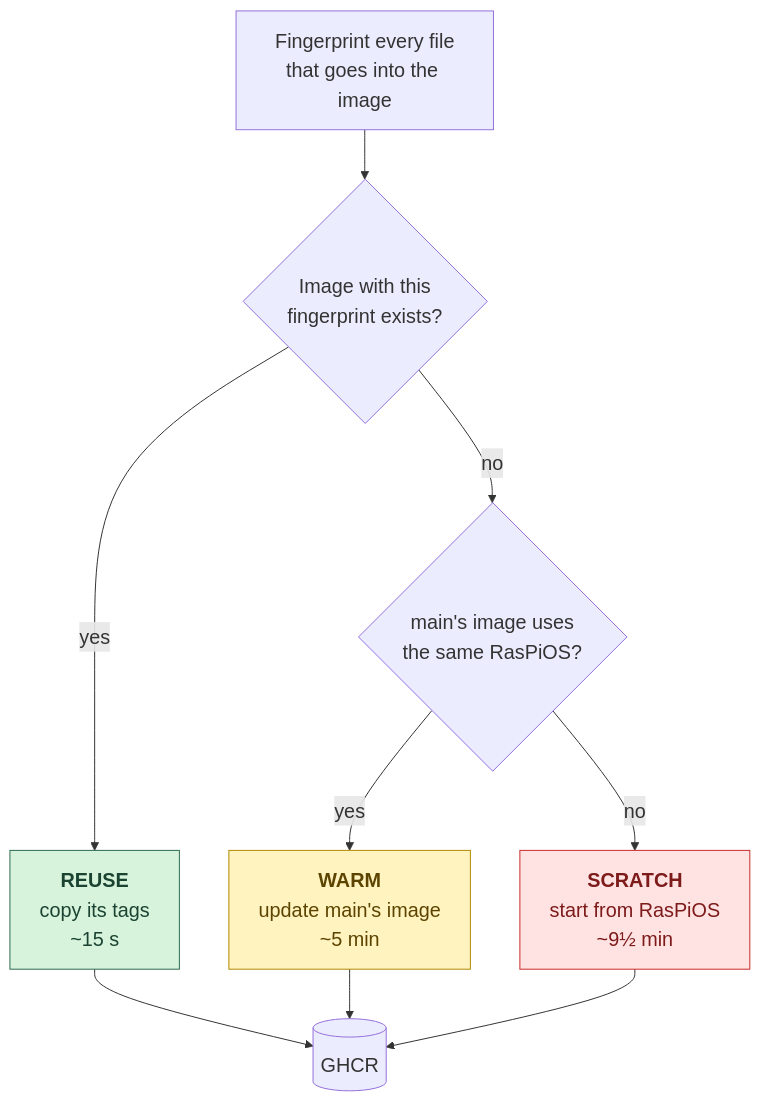
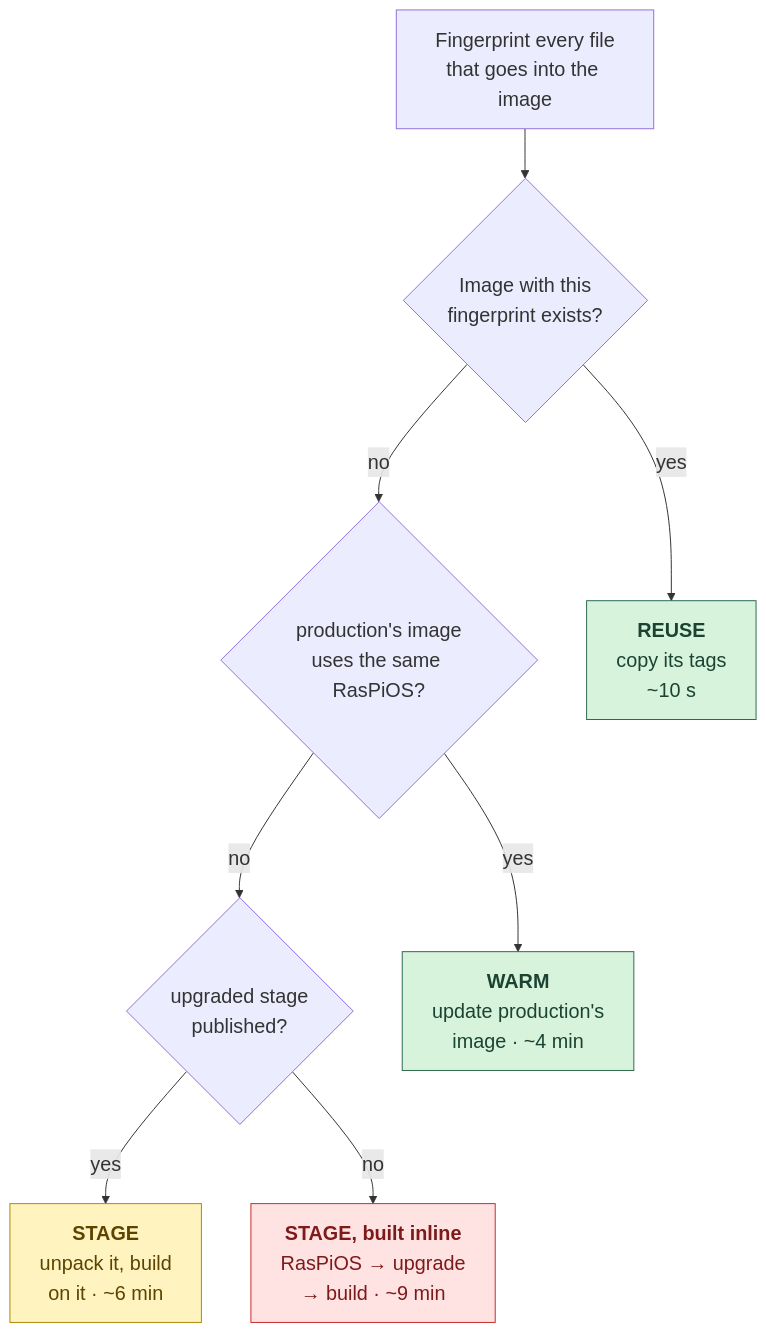
The second of 3 diagrams in docs/ci.md (fpgas-online/fpgas.online-infra), drawn with Mermaid before and after one commit. The commit also changed other lines of this file, not shown here.

````diff
--- a/docs/ci.md
+++ b/docs/ci.md
@@ -95,25 +107,25 @@
 ```mermaid
 %%{init: {"themeVariables": {"fontSize": "20px"}}}%%
 flowchart TB
     key["Fingerprint every file<br/>that goes into the image"]
     q1{"Image with this<br/>fingerprint exists?"}
-    q2{"main's image uses<br/>the same RasPiOS?"}
-    reuse["<b>REUSE</b><br/>copy its tags<br/>~15 s"]
-    warm["<b>WARM</b><br/>update main's image<br/>~5 min"]
-    scratch["<b>SCRATCH</b><br/>start from RasPiOS<br/>~9½ min"]
-    ghcr[("GHCR")]
+    q2{"production's image<br/>uses the same RasPiOS?"}
+    q3{"upgraded stage<br/>published?"}
+    reuse["<b>REUSE</b><br/>copy its tags<br/>~10 s"]
+    warm["<b>WARM</b><br/>update production's<br/>image · ~4 min"]
+    unpacked["<b>STAGE</b><br/>unpack it, build<br/>on it · ~6 min"]
+    inline["<b>STAGE, built inline</b><br/>RasPiOS → upgrade<br/>→ build · ~9 min"]
     key --> q1
     q1 -- yes --> reuse
     q1 -- no --> q2
     q2 -- yes --> warm
-    q2 -- no --> scratch
-    reuse --> ghcr
-    warm --> ghcr
-    scratch --> ghcr
+    q2 -- no --> q3
+    q3 -- yes --> unpacked
+    q3 -- no --> inline
     classDef fast fill:#d8f3dc,stroke:#2d6a4f,color:#1b4332
     classDef mid fill:#fff3bf,stroke:#b08900,color:#5c4400
     classDef slow fill:#ffe3e3,stroke:#c92a2a,color:#7d1a1a
-    class reuse fast
-    class warm mid
-    class scratch slow
+    class reuse,warm fast
+    class unpacked mid
+    class inline slow
 ```
````
